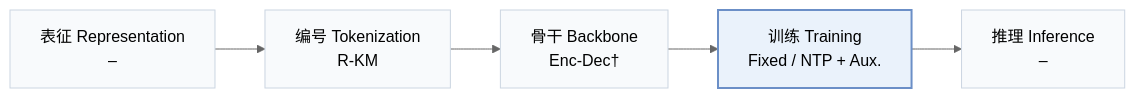
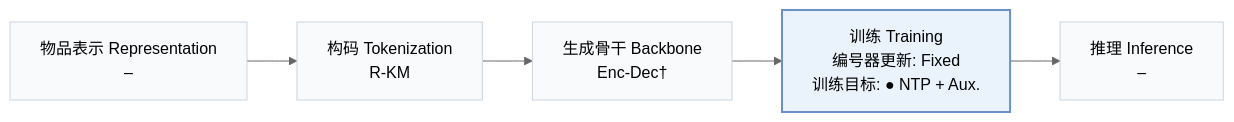
Before and after one commit to Galaxy-ghost/Awesome-SID-Generative-Rec: the first of 2 diagrams in pages/zh/papers/nau.md, drawn with Mermaid (neutral theme). The commit also changed other lines of this file and 558 other files, not shown here.

````diff
--- a/pages/zh/papers/nau.md
+++ b/pages/zh/papers/nau.md
@@ -15,8 +18,8 @@
 ```mermaid
 flowchart LR
-    R["表征 Representation<br/>–"] --> T["编号 Tokenization<br/>R-KM"] --> B["骨干 Backbone<br/>Enc-Dec†"] --> TR["训练 Training<br/>Fixed / NTP + Aux."] --> I["推理 Inference<br/>–"]
+    R["物品表示 Representation<br/>–"] --> T["构码 Tokenization<br/>R-KM"] --> B["生成骨干 Backbone<br/>Enc-Dec†"] --> TR["训练 Training<br/>编号器更新: Fixed<br/>训练目标: ● NTP + Aux."] --> I["推理 Inference<br/>–"]
     classDef base fill:#f8fafc,stroke:#cbd5e1
     class R,T,B,TR,I base
     classDef main fill:#eaf2fb,stroke:#6b8fc7,stroke-width:2px
     class TR main
 ```
````
